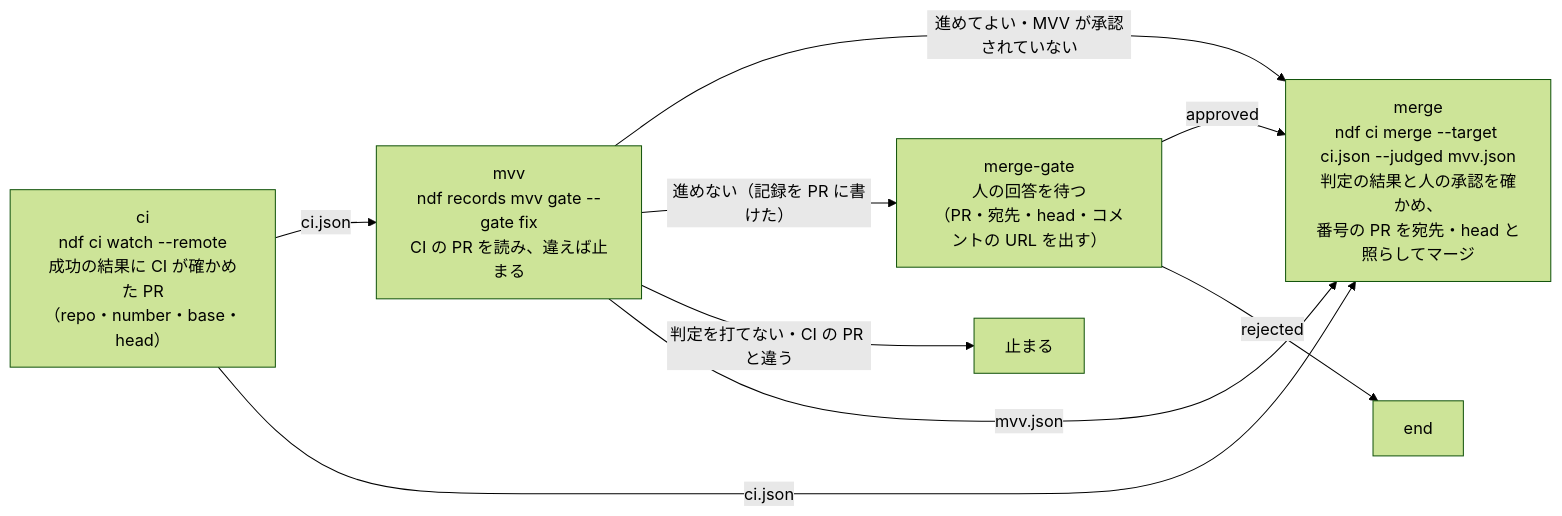
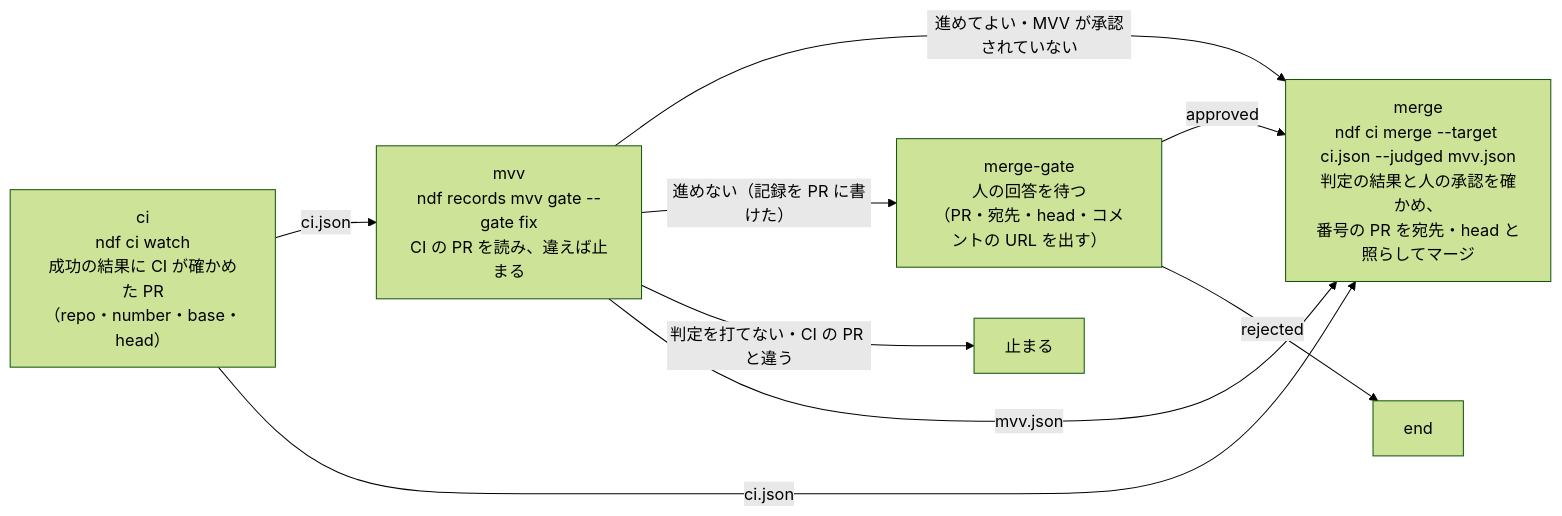
One commit to devbasex/ai-plugins changed the second of 3 diagrams in issues/issue-4104-design.md. Above: the diagram before and after it, drawn with Mermaid (forest theme). The commit also changed other lines of this file and 1 other file, not shown here.

````diff
--- a/issues/issue-4104-design.md
+++ b/issues/issue-4104-design.md
@@ -41,11 +41,11 @@
 ```mermaid
 flowchart LR
-  CI["ci<br/>ndf ci watch --remote<br/>成功の結果に CI が確かめた PR<br/>（repo・number・base・head）"] -->|ci.json| J["mvv<br/>ndf records mvv gate --gate fix<br/>CI の PR を読み、違えば止まる"]
+  CI["ci<br/>ndf ci watch<br/>成功の結果に CI が確かめた PR<br/>（repo・number・base・head）"] -->|ci.json| J["mvv<br/>ndf records mvv gate --gate fix<br/>CI の PR を読み、違えば止まる"]
   J -->|進めてよい・MVV が承認されていない| M["merge<br/>ndf ci merge --target ci.json --judged mvv.json<br/>判定の結果と人の承認を確かめ、<br/>番号の PR を宛先・head と照らしてマージ"]
   J -->|進めない（記録を PR に書けた）| G["merge-gate<br/>人の回答を待つ<br/>（PR・宛先・head・コメントの URL を出す）"]
   G -->|approved| M
   G -->|rejected| E["end"]
   J -->|判定を打てない・CI の PR と違う| S["止まる"]
   CI -->|ci.json| M
   J -->|mvv.json| M
 ```
````
